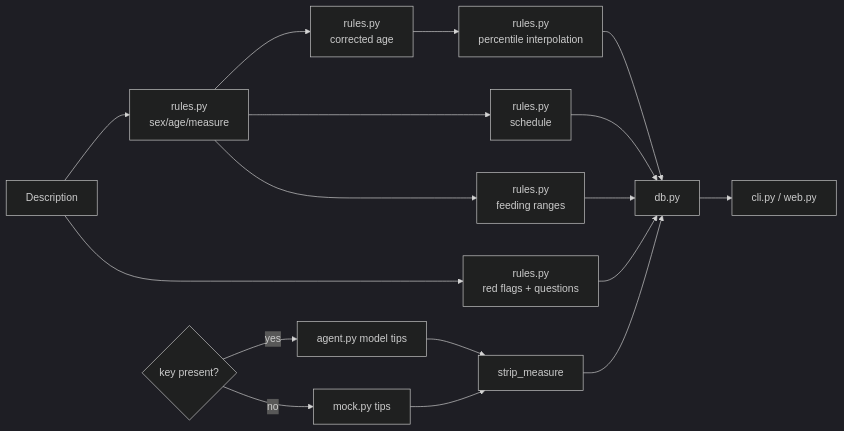
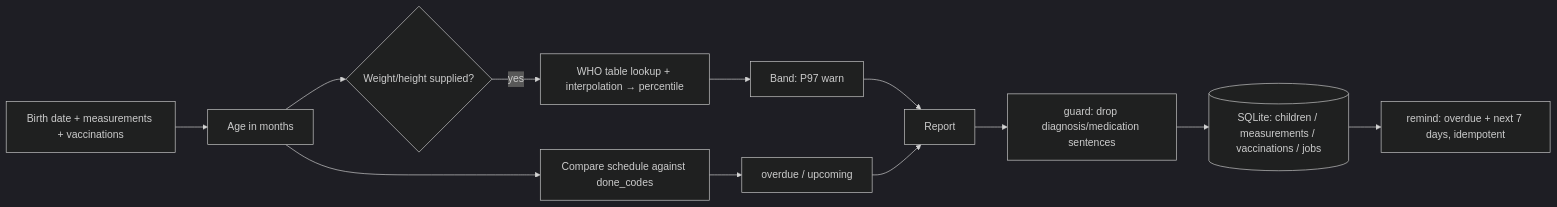
One commit to wushiyi105-jpg/yuer changed the diagram in README.en.md. Above: the diagram before and after it, drawn with Mermaid (dark theme). The commit also changed other lines of this file and 62 other files, not shown here.

````diff
--- a/README.en.md
+++ b/README.en.md
@@ -161,19 +89,14 @@
 ```mermaid
 flowchart LR
-    A[Description] --> B[rules.py<br/>sex/age/measure]
-    B --> C[rules.py<br/>corrected age]
-    C --> D[rules.py<br/>percentile interpolation]
-    B --> E[rules.py<br/>schedule]
-    B --> F[rules.py<br/>feeding ranges]
-    A --> G[rules.py<br/>red flags + questions]
-    H{key present?} -->|no| I[mock.py tips]
-    H -->|yes| J[agent.py model tips]
-    J --> K[strip_measure]
-    I --> K
-    D --> L[db.py]
-    E --> L
-    F --> L
-    G --> L
-    K --> L
-    L --> M[cli.py / web.py]
+    A[Birth date + measurements + vaccinations] --> B[Age in months]
+    B --> C{Weight/height supplied?}
+    C -- yes --> D[WHO table lookup + interpolation → percentile]
+    D --> E[Band: <P3 high / >P97 warn]
+    B --> F[Compare schedule against done_codes]
+    F --> G[overdue / upcoming]
+    E --> H[Report]
+    G --> H
+    H --> I[guard: drop diagnosis/medication sentences]
+    I --> J[(SQLite: children / measurements / vaccinations / jobs)]
+    J --> K[remind: overdue + next 7 days, idempotent]
 ```
````
